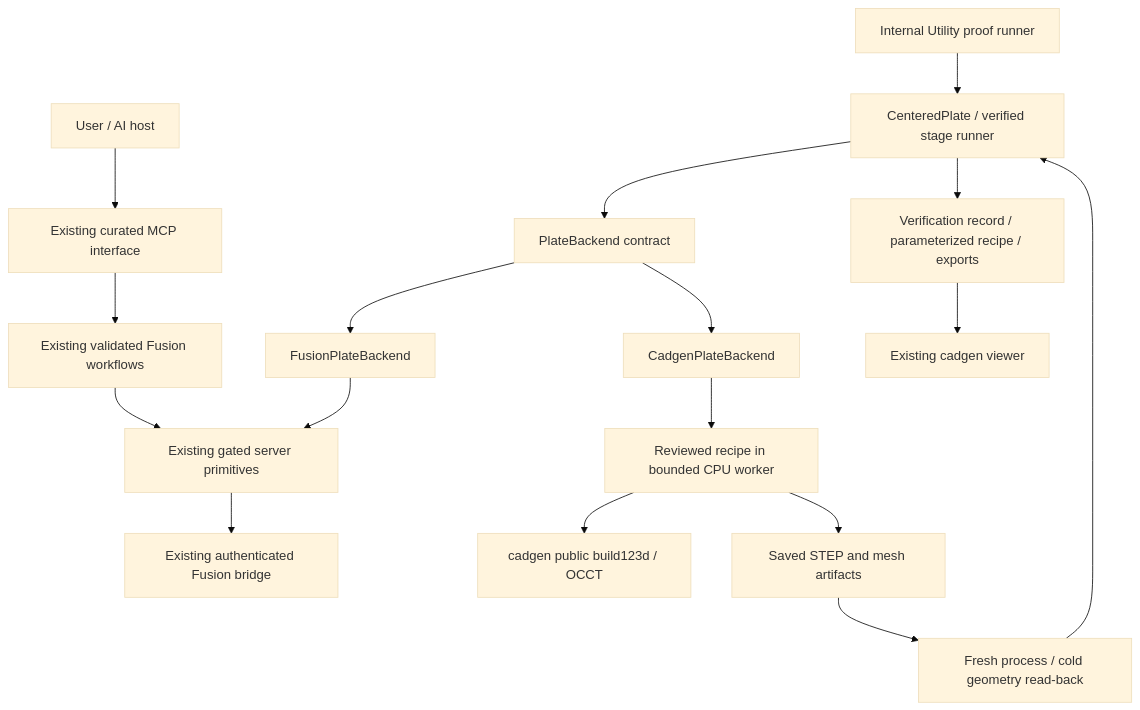
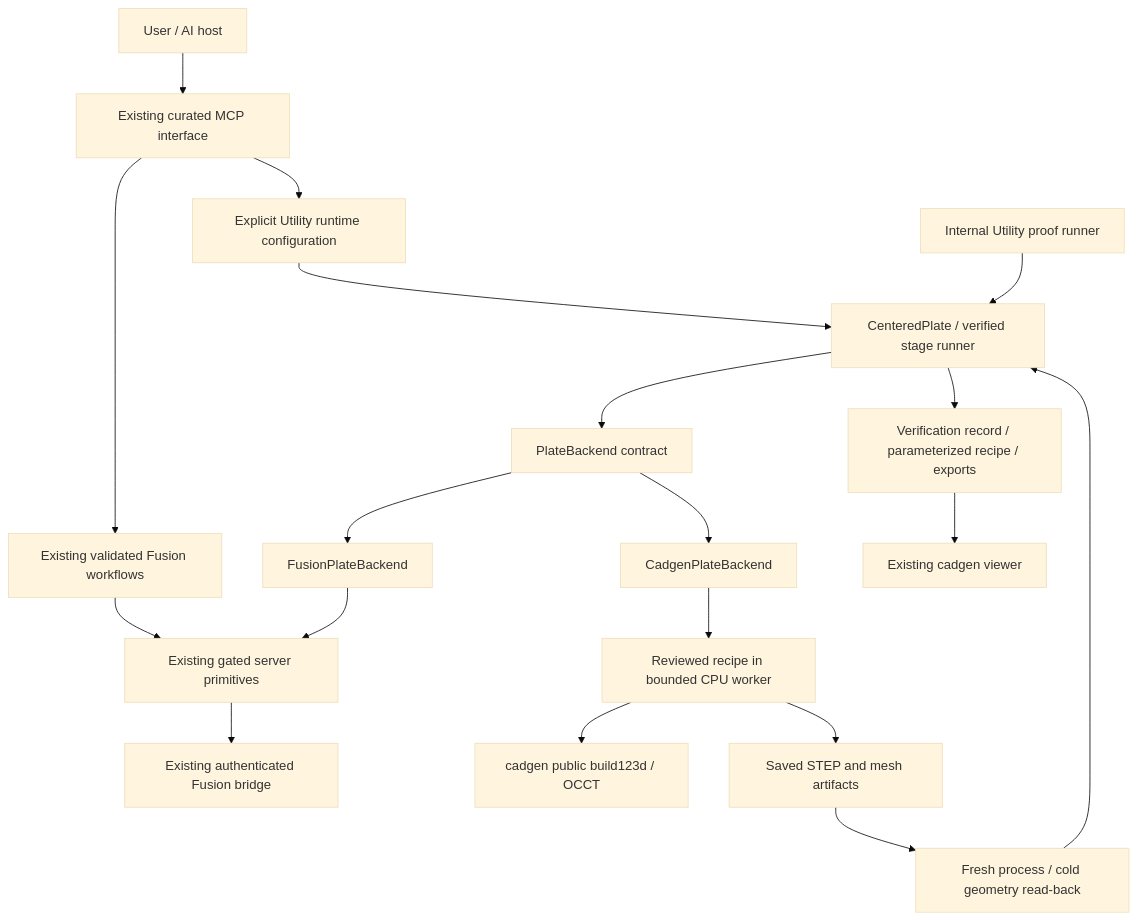
One commit to boxwrench/paramAItric changed the diagram in docs/consolidation/architecture.md. Above: the diagram before and after it, drawn with Mermaid (base theme). The commit also changed other lines of this file and 12 other files, not shown here.

````diff
--- a/docs/consolidation/architecture.md
+++ b/docs/consolidation/architecture.md
@@ -13,19 +13,21 @@
 ```mermaid
 flowchart TD
     Host[User / AI host] --> MCP[Existing curated MCP interface]
     MCP --> Legacy[Existing validated Fusion workflows]
+    MCP --> Config[Explicit Utility runtime configuration]
+    Config --> Core
     Harness[Internal Utility proof runner] --> Core[CenteredPlate / verified stage runner]
     Core --> Protocol[PlateBackend contract]
     Protocol --> Fusion[FusionPlateBackend]
     Protocol --> Open[CadgenPlateBackend]
     Legacy --> Primitives[Existing gated server primitives]
     Fusion --> Primitives
     Primitives --> Bridge[Existing authenticated Fusion bridge]
     Open --> Worker[Reviewed recipe in bounded CPU worker]
     Worker --> Kernel[cadgen public build123d / OCCT]
     Worker --> Saved[Saved STEP and mesh artifacts]
     Saved --> Readback[Fresh process / cold geometry read-back]
     Readback --> Core
     Core --> Accepted[Verification record / parameterized recipe / exports]
     Accepted --> Viewer[Existing cadgen viewer]
 ```
````
